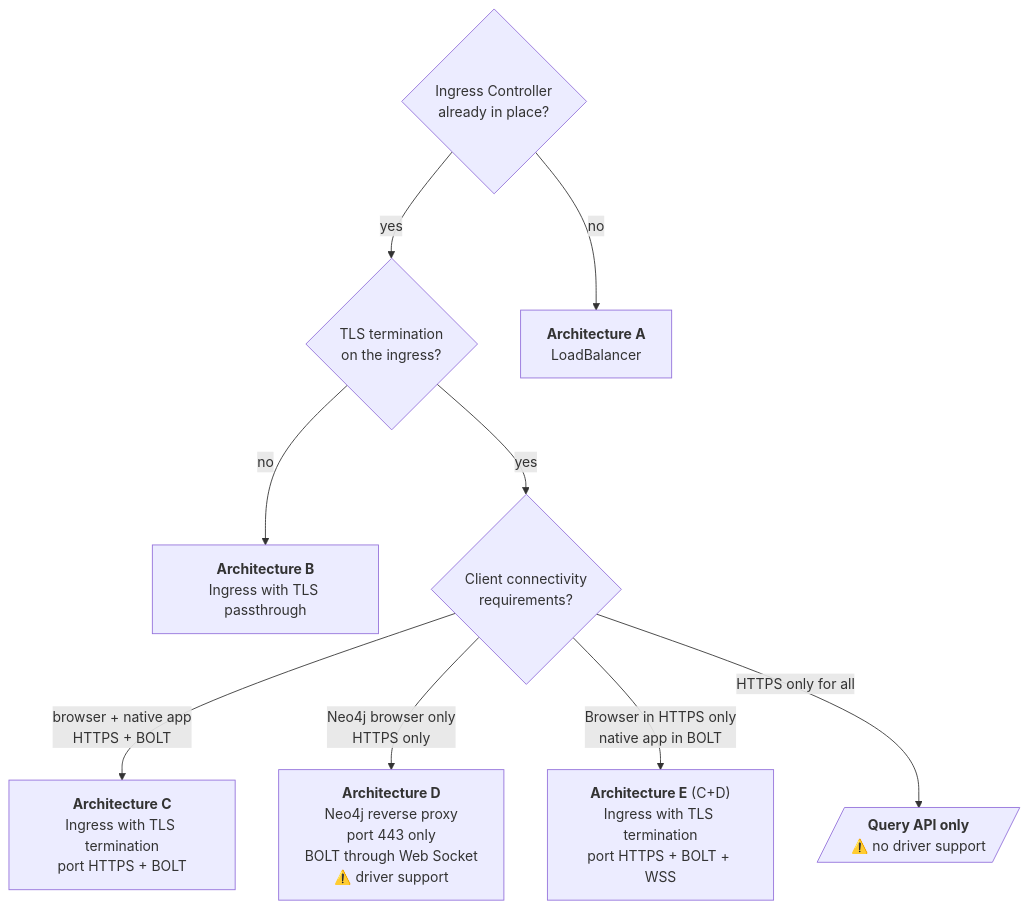
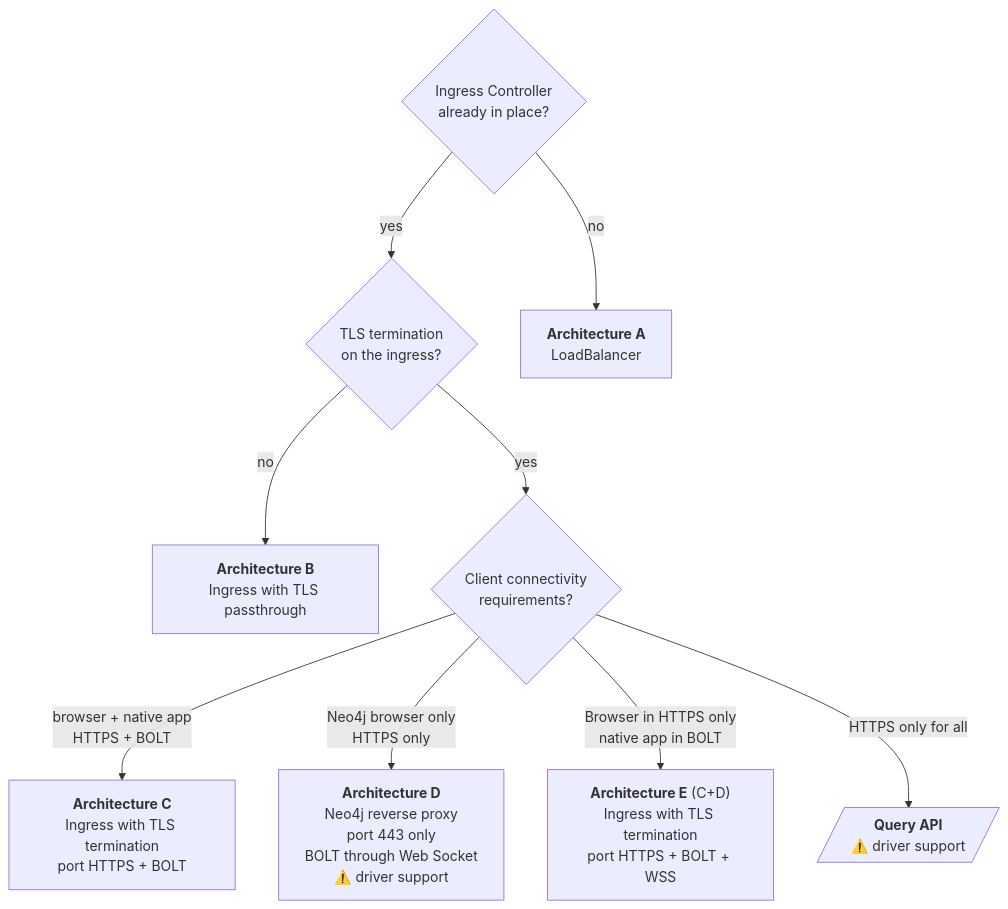
One commit to chboudry/neo4j-kubernetes changed the first of 7 diagrams in readme_network.md. Above: the diagram before and after it, drawn with Mermaid.

Commit message:
Clarify decision tree in network architecture documentation by updating the label for the Query API architecture to reflect driver support.

````diff
--- a/readme_network.md
+++ b/readme_network.md
@@ -5,15 +5,15 @@
 ```mermaid
 flowchart TD
     A{"Ingress Controller<br/>already in place?"}
 
     A -->|yes| B{"TLS termination<br/>on the ingress?"}
     A -->|no| G["<b>Architecture A</b><br/>LoadBalancer"]
 
     B -->|no| I["<b>Architecture B</b><br/>Ingress with TLS passthrough"]
     B -->|yes| W{"Client connectivity<br/>requirements?"}
 
     W -->|browser + native app<br/>HTTPS + BOLT<br/>| M["<b>Architecture C</b><br/>Ingress with TLS termination<br/>port HTTPS + BOLT"]
     W -->|Neo4j browser only<br>HTTPS only| L["<b>Architecture D</b><br/>Neo4j reverse proxy<br/>port 443 only<br/>BOLT through Web Socket<br/>⚠️ driver support"]
     W -->|Browser in HTTPS only<br/>native app in BOLT| X["<b>Architecture E</b> (C+D)<br/>Ingress with TLS termination<br/>port HTTPS + BOLT + WSS"]
-    W -->|HTTPS only for all| Z[/"<b>Query API only</b><br/>⚠️ no driver support"/]
+    W -->|HTTPS only for all| Z[/"<b>Query API</b><br/>⚠️ driver support"/]
 ```
````
